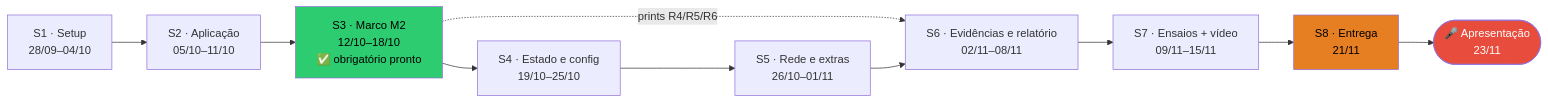
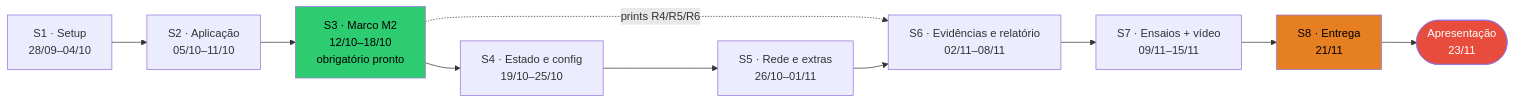
One commit to JohnPss/k8s-alta-disponibilidade changed the first of 2 diagrams in docs/CRONOGRAMA.md. Above: the diagram before and after it, drawn with Mermaid. The commit also changed other lines of this file and 5 other files, not shown here.

````diff
--- a/docs/CRONOGRAMA.md
+++ b/docs/CRONOGRAMA.md
@@ -7,15 +7,15 @@
 ```mermaid
 flowchart LR
     S1["S1 · Setup<br/>28/09–04/10"] --> S2["S2 · Aplicação<br/>05/10–11/10"]
-    S2 --> S3["S3 · Marco M2<br/>12/10–18/10<br/>✅ obrigatório pronto"]
+    S2 --> S3["S3 · Marco M2<br/>12/10–18/10<br/>obrigatório pronto"]
     S3 --> S4["S4 · Estado e config<br/>19/10–25/10"]
     S4 --> S5["S5 · Rede e extras<br/>26/10–01/11"]
     S3 -. prints R4/R5/R6 .-> S6
     S5 --> S6["S6 · Evidências e relatório<br/>02/11–08/11"]
     S6 --> S7["S7 · Ensaios + vídeo<br/>09/11–15/11"]
     S7 --> S8["S8 · Entrega<br/>21/11"]
-    S8 --> AP(["🎤 Apresentação<br/>23/11"])
+    S8 --> AP(["Apresentação<br/>23/11"])
     style S3 fill:#2ecc71,color:#000
     style S8 fill:#e67e22,color:#000
     style AP fill:#e74c3c,color:#fff
 ```
````
